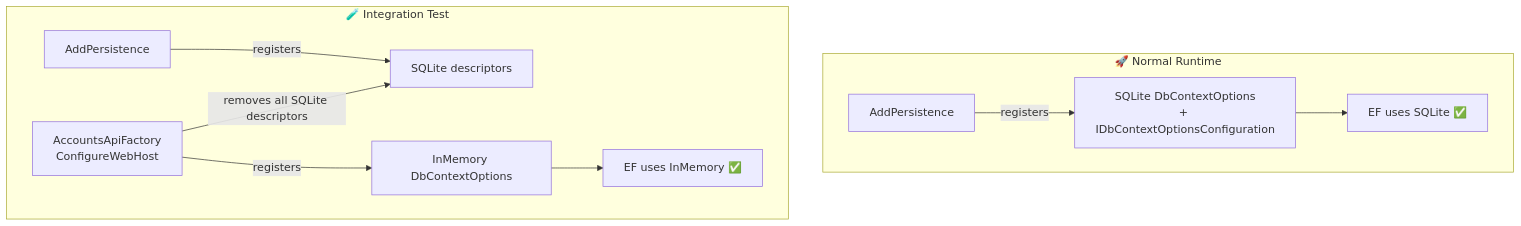
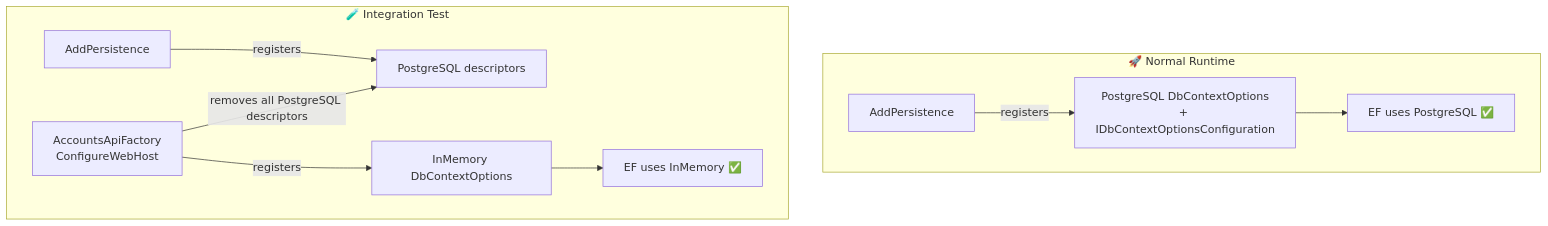
One commit to deanagan/account-service changed the third of 7 diagrams in README.md. Above: the diagram before and after it, drawn with Mermaid. The commit also changed other lines of this file and 8 other files, not shown here.

````diff
--- a/README.md
+++ b/README.md
@@ -206,16 +281,16 @@
 ```mermaid
 flowchart TD
     subgraph Runtime["🚀 Normal Runtime"]
-        AP[AddPersistence] -->|registers| SD["SQLite DbContextOptions
+        AP[AddPersistence] -->|registers| SD["PostgreSQL DbContextOptions
 + IDbContextOptionsConfiguration"]
-        SD --> EF1[EF uses SQLite ✅]
+        SD --> EF1[EF uses PostgreSQL ✅]
     end
 
     subgraph Test["🧪 Integration Test"]
-        AP2[AddPersistence] -->|registers| SD2[SQLite descriptors]
+        AP2[AddPersistence] -->|registers| SD2[PostgreSQL descriptors]
         FAC["AccountsApiFactory
-ConfigureWebHost"] -->|removes all SQLite descriptors| SD2
+ConfigureWebHost"] -->|removes all PostgreSQL descriptors| SD2
         FAC -->|registers| IMD[InMemory DbContextOptions]
         IMD --> EF2[EF uses InMemory ✅]
     end
 ```
````
